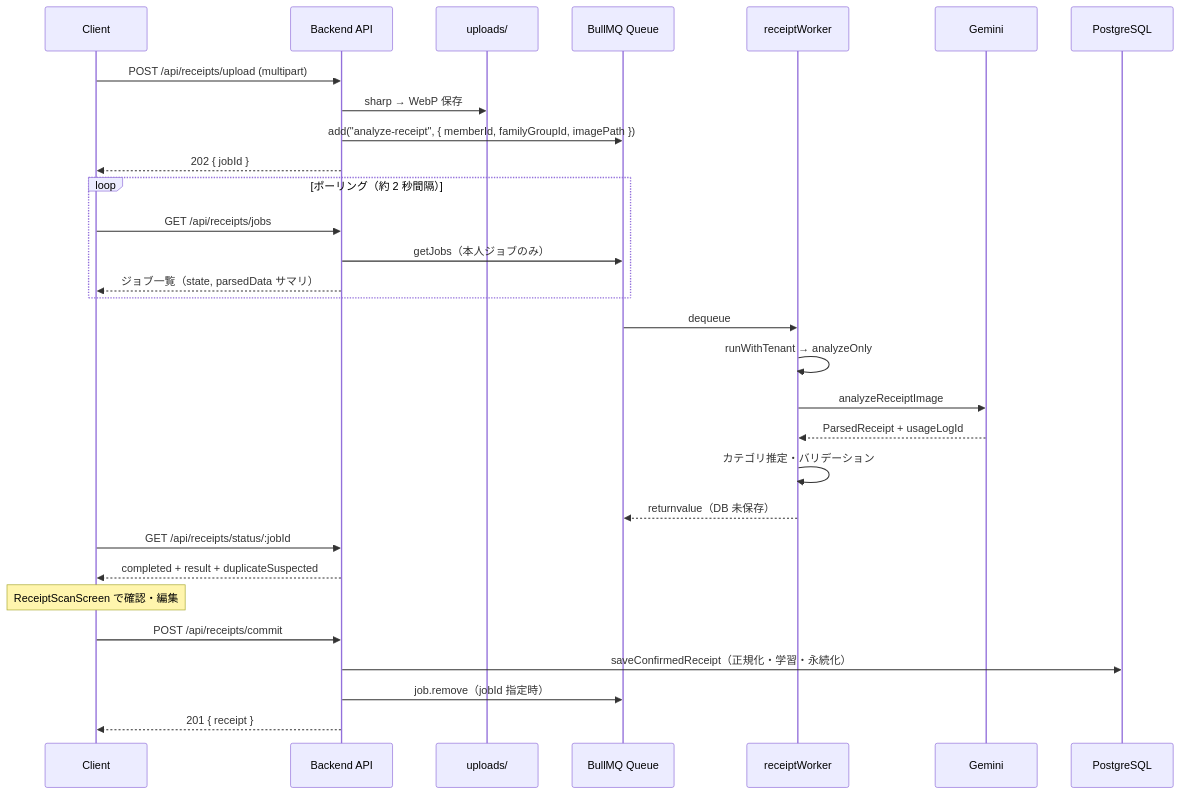
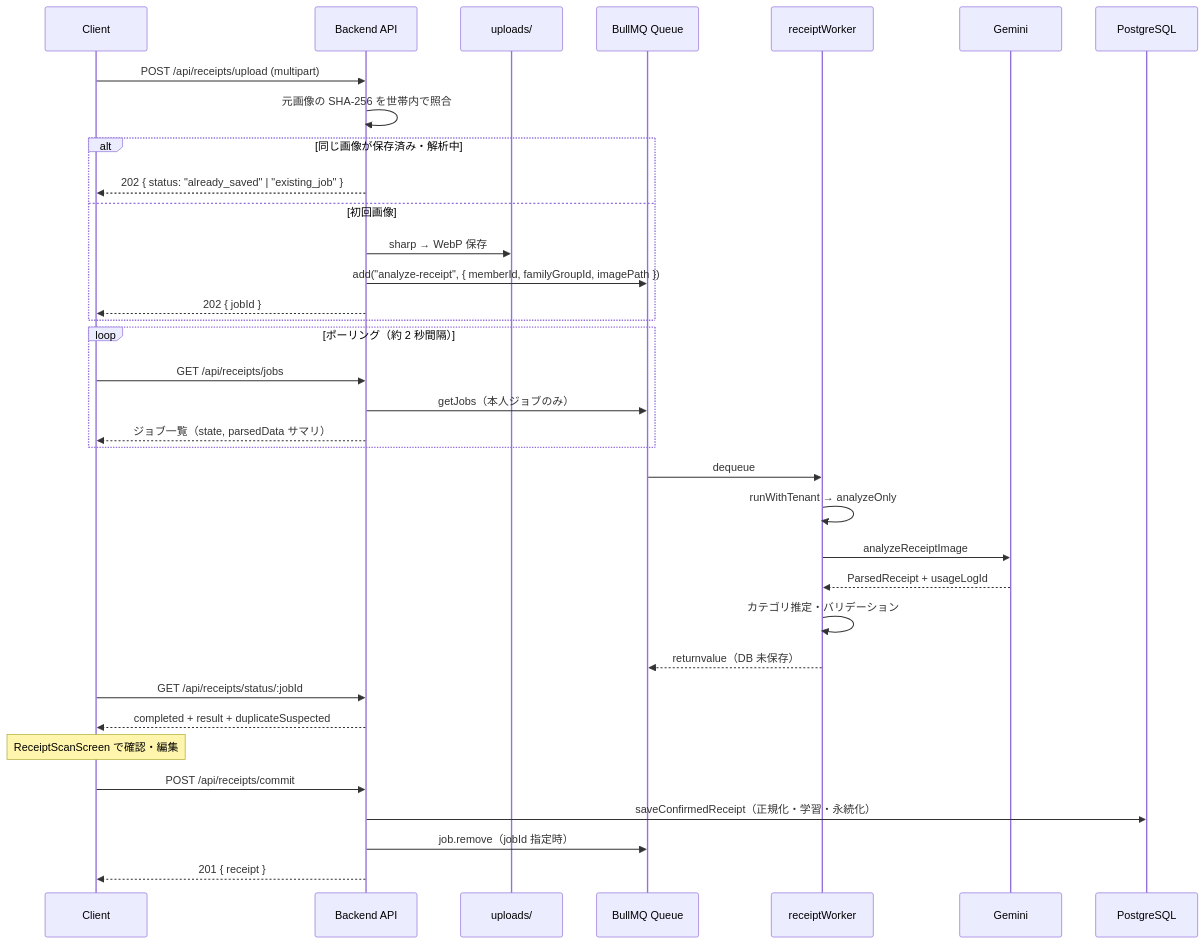
Before and after one commit to yama180sx/receipt-ai-app: the second of 3 diagrams in docs/design/ai-pipeline.md, drawn with Mermaid. The commit also changed other lines of this file and 20 other files, not shown here.

````diff
--- a/docs/design/ai-pipeline.md
+++ b/docs/design/ai-pipeline.md
@@ -164,38 +164,43 @@
 ```mermaid
 sequenceDiagram
     participant C as Client
     participant API as Backend API
     participant FS as uploads/
     participant Q as BullMQ Queue
     participant W as receiptWorker
     participant G as Gemini
     participant DB as PostgreSQL
 
     C->>API: POST /api/receipts/upload (multipart)
-    API->>FS: sharp → WebP 保存
+    API->>API: 元画像の SHA-256 を世帯内で照合
+    alt 同じ画像が保存済み・解析中
+        API-->>C: 202 { status: "already_saved" | "existing_job" }
+    else 初回画像
+        API->>FS: sharp → WebP 保存
     API->>Q: add("analyze-receipt", { memberId, familyGroupId, imagePath })
     API-->>C: 202 { jobId }
+    end
 
     loop ポーリング（約 2 秒間隔）
         C->>API: GET /api/receipts/jobs
         API->>Q: getJobs（本人ジョブのみ）
         API-->>C: ジョブ一覧（state, parsedData サマリ）
     end
 
     Q->>W: dequeue
     W->>W: runWithTenant → analyzeOnly
     W->>G: analyzeReceiptImage
     G-->>W: ParsedReceipt + usageLogId
     W->>W: カテゴリ推定・バリデーション
     W-->>Q: returnvalue（DB 未保存）
 
     C->>API: GET /api/receipts/status/:jobId
     API-->>C: completed + result + duplicateSuspected
 
     Note over C: ReceiptScanScreen で確認・編集
 
     C->>API: POST /api/receipts/commit
     API->>DB: saveConfirmedReceipt（正規化・学習・永続化）
     API->>Q: job.remove（jobId 指定時）
     API-->>C: 201 { receipt }
 ```
````
